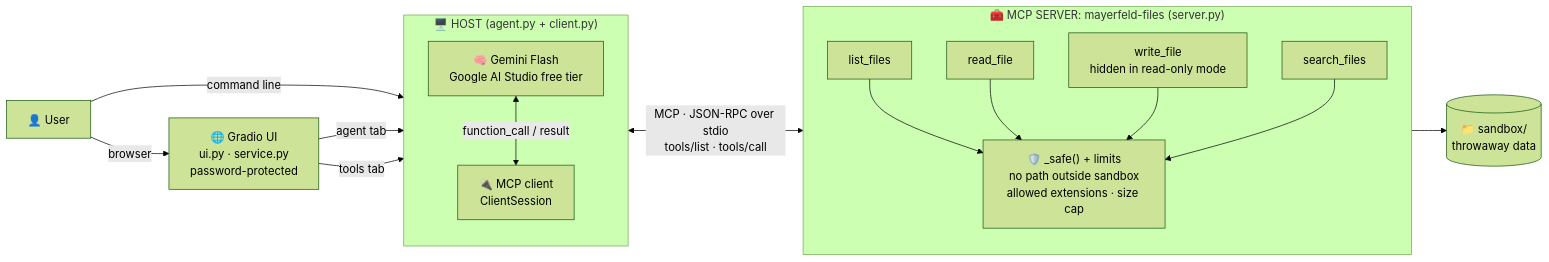
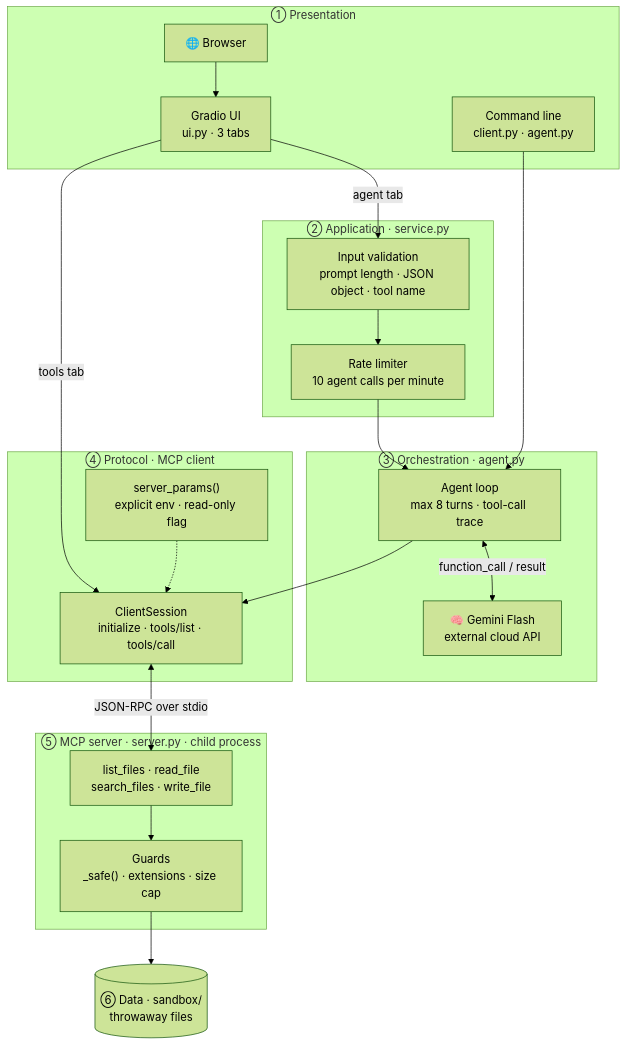
Before and after one commit to TatangF/mayerfeld-mcp-demo: the first of 4 diagrams in README.md, drawn with Mermaid (forest theme). The commit also changed other lines of this file and 1 other file, not shown here.

Commit message:
docs: layered architecture, trust boundaries and business-oriented technical sheet

````diff
--- a/README.md
+++ b/README.md
@@ -9,34 +13,43 @@
 ```mermaid
-flowchart LR
-    U["👤 User"]
-    UI["🌐 Gradio UI<br/>ui.py · service.py<br/>password-protected"]
-
-    subgraph HOST["🖥️ HOST (agent.py + client.py)"]
-        direction TB
-        LLM["🧠 Gemini Flash<br/>Google AI Studio free tier"]
-        CLI["🔌 MCP client<br/>ClientSession"]
+flowchart TB
+    subgraph PRES["① Presentation"]
+        BR["🌐 Browser"]
+        UI["Gradio UI<br/>ui.py · 3 tabs"]
+        CMD["Command line<br/>client.py · agent.py"]
     end
 
-    subgraph SRV["🧰 MCP SERVER: mayerfeld-files (server.py)"]
-        direction TB
-        T1["list_files"]
-        T2["read_file"]
-        T3["write_file<br/>hidden in read-only mode"]
-        T4["search_files"]
-        G["🛡️ _safe() + limits<br/>no path outside sandbox<br/>allowed extensions · size cap"]
+    subgraph APP["② Application · service.py"]
+        VAL["Input validation<br/>prompt length · JSON object · tool name"]
+        RL["Rate limiter<br/>10 agent calls per minute"]
     end
 
-    FS[("📁 sandbox/<br/>throwaway data")]
+    subgraph ORCH["③ Orchestration · agent.py"]
+        LOOP["Agent loop<br/>max 8 turns · tool-call trace"]
+        LLM["🧠 Gemini Flash<br/>external cloud API"]
+    end
 
-    U -->|"browser"| UI
-    U -->|"command line"| LLM
-    UI -->|"agent tab"| LLM
-    UI -->|"tools tab"| CLI
-    LLM <-->|"function_call / result"| CLI
-    CLI <-->|"MCP · JSON-RPC over stdio<br/>tools/list · tools/call"| SRV
-    T1 --> G
-    T2 --> G
-    T3 --> G
-    T4 --> G
-    G --> FS
+    subgraph PROTO["④ Protocol · MCP client"]
+        SESS["ClientSession<br/>initialize · tools/list · tools/call"]
+        ENV["server_params()<br/>explicit env · read-only flag"]
+    end
+
+    subgraph SRV["⑤ MCP server · server.py · child process"]
+        TOOLS["list_files · read_file<br/>search_files · write_file"]
+        GUARD["Guards<br/>_safe() · extensions · size cap"]
+    end
+
+    DATA[("⑥ Data · sandbox/<br/>throwaway files")]
+
+    BR --> UI
+    UI -->|"agent tab"| VAL
+    VAL --> RL
+    RL --> LOOP
+    CMD --> LOOP
+    LOOP <-->|"function_call / result"| LLM
+    LOOP --> SESS
+    UI -->|"tools tab"| SESS
+    ENV -.-> SESS
+    SESS <-->|"JSON-RPC over stdio"| TOOLS
+    TOOLS --> GUARD
+    GUARD --> DATA
 ```
````
